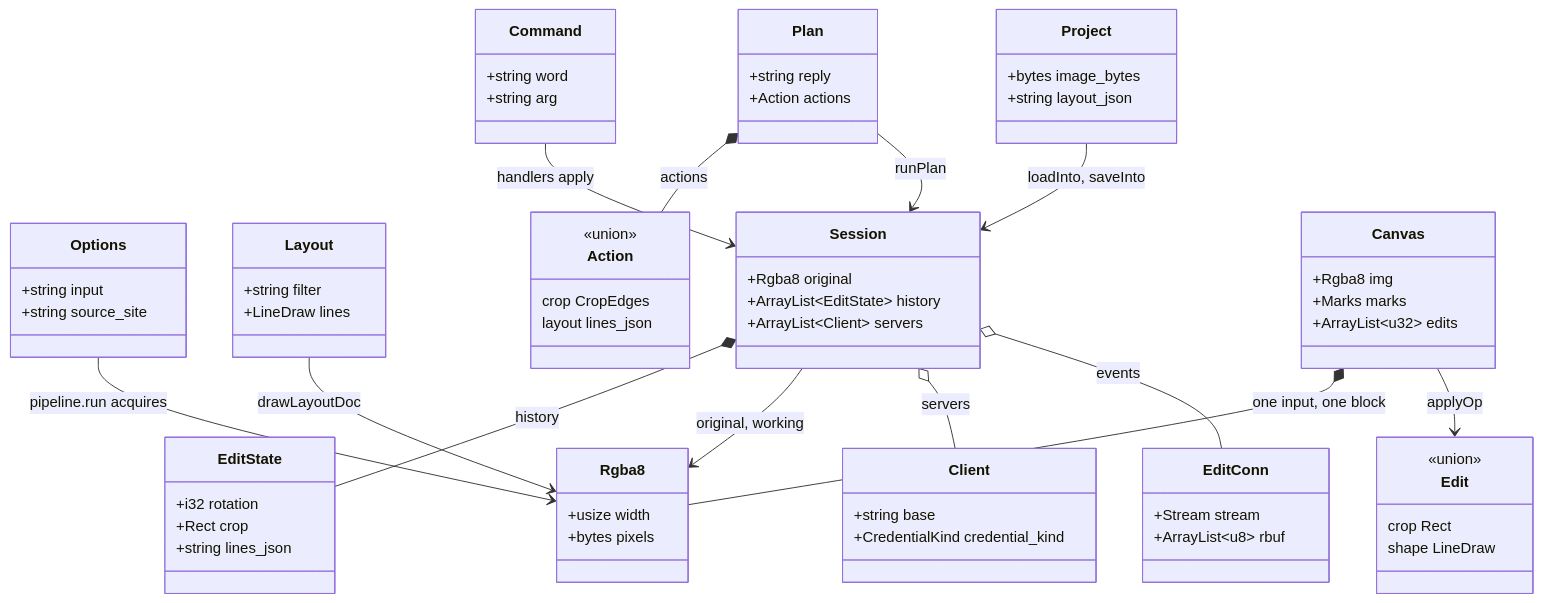
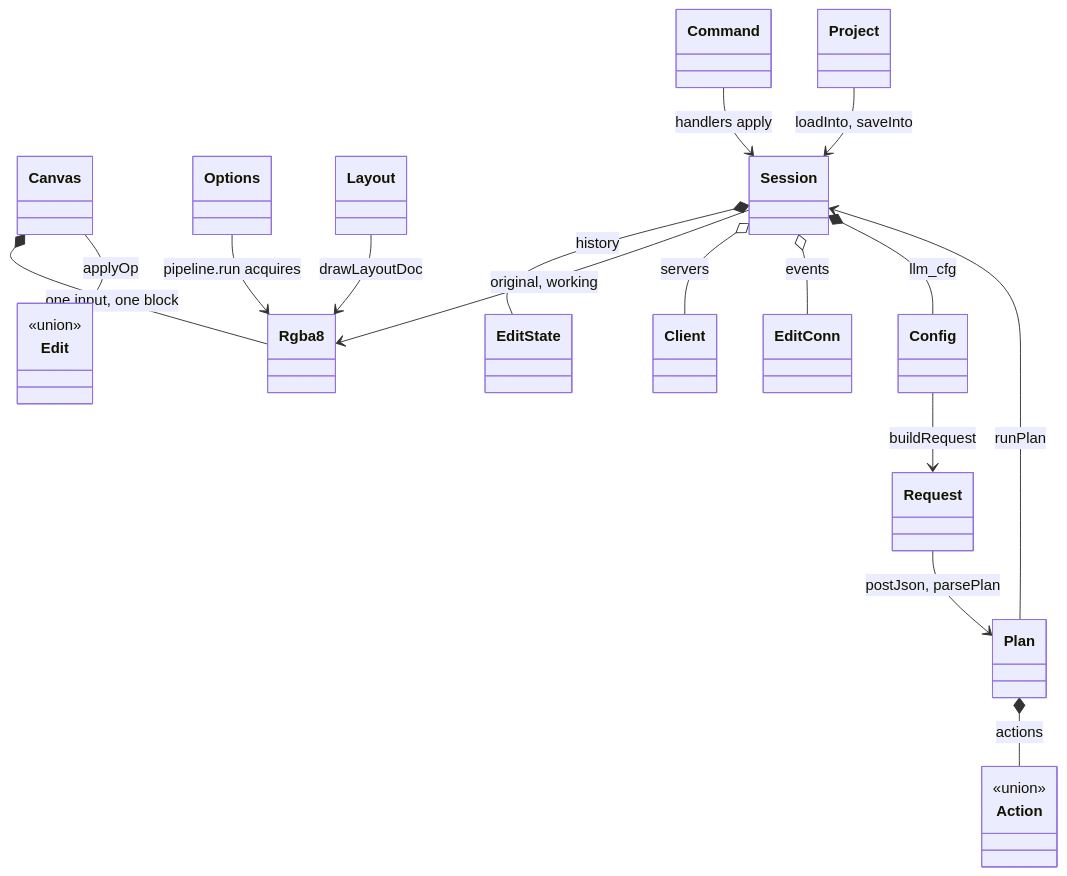
One commit to andrew1407/stencil changed the second of 2 diagrams in cli/ARCHITECTURE.md. Above: the diagram before and after it, drawn with Mermaid. The commit also changed other lines of this file and 3356 other files, not shown here.

````diff
--- a/cli/ARCHITECTURE.md
+++ b/cli/ARCHITECTURE.md
@@ -68,73 +62,20 @@
 ```mermaid
 classDiagram
-    class Options {
-      +string input
-      +string source_site
-    }
-    class Rgba8 {
-      +usize width
-      +bytes pixels
-    }
-    class Layout {
-      +string filter
-      +LineDraw lines
-    }
-    class Session {
-      +Rgba8 original
-      +ArrayList~EditState~ history
-      +ArrayList~Client~ servers
-    }
-    class EditState {
-      +i32 rotation
-      +Rect crop
-      +string lines_json
-    }
-    class Command {
-      +string word
-      +string arg
-    }
-    class Plan {
-      +string reply
-      +Action actions
-    }
-    class Action {
-      <<union>>
-      crop CropEdges
-      layout lines_json
-    }
-    class Project {
-      +bytes image_bytes
-      +string layout_json
-    }
-    class Client {
-      +string base
-      +CredentialKind credential_kind
-    }
-    class EditConn {
-      +Stream stream
-      +ArrayList~u8~ rbuf
-    }
-    class Edit {
-      <<union>>
-      crop Rect
-      shape LineDraw
-    }
-    class Canvas {
-      +Rgba8 img
-      +Marks marks
-      +ArrayList~u32~ edits
-    }
-
     Canvas *-- Rgba8 : one input, one block
     Canvas --> Edit : applyOp
     Options --> Rgba8 : pipeline.run acquires
     Layout --> Rgba8 : drawLayoutDoc
     Session *-- EditState : history
     Session --> Rgba8 : original, working
     Session o-- Client : servers
     Session o-- EditConn : events
     Command --> Session : handlers apply
     Plan *-- Action : actions
     Plan --> Session : runPlan
     Project --> Session : loadInto, saveInto
+    Session *-- Config : llm_cfg
+    Config --> Request : buildRequest
+    Request --> Plan : postJson, parsePlan
+    <<union>> Action
+    <<union>> Edit
 ```
````
